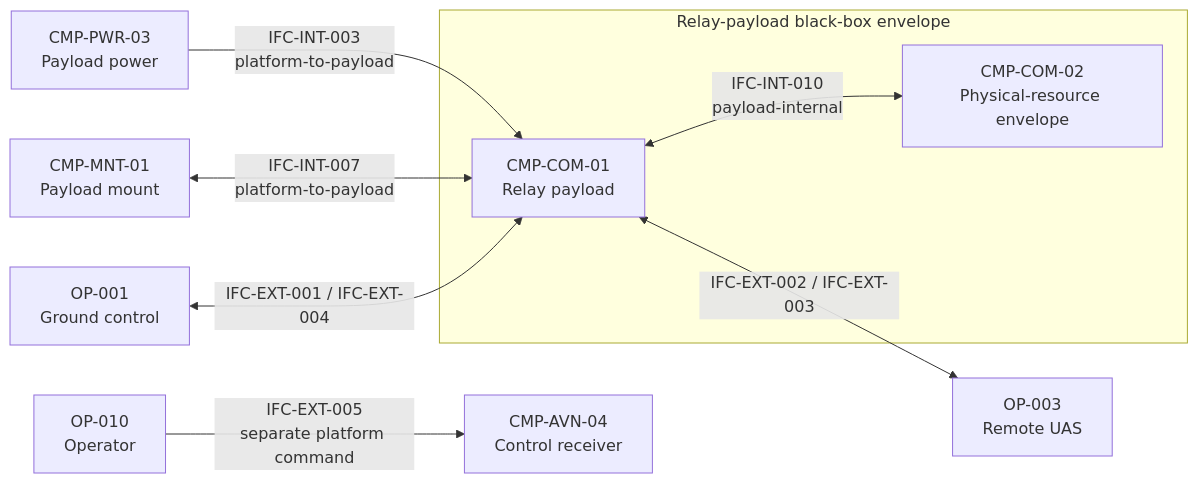
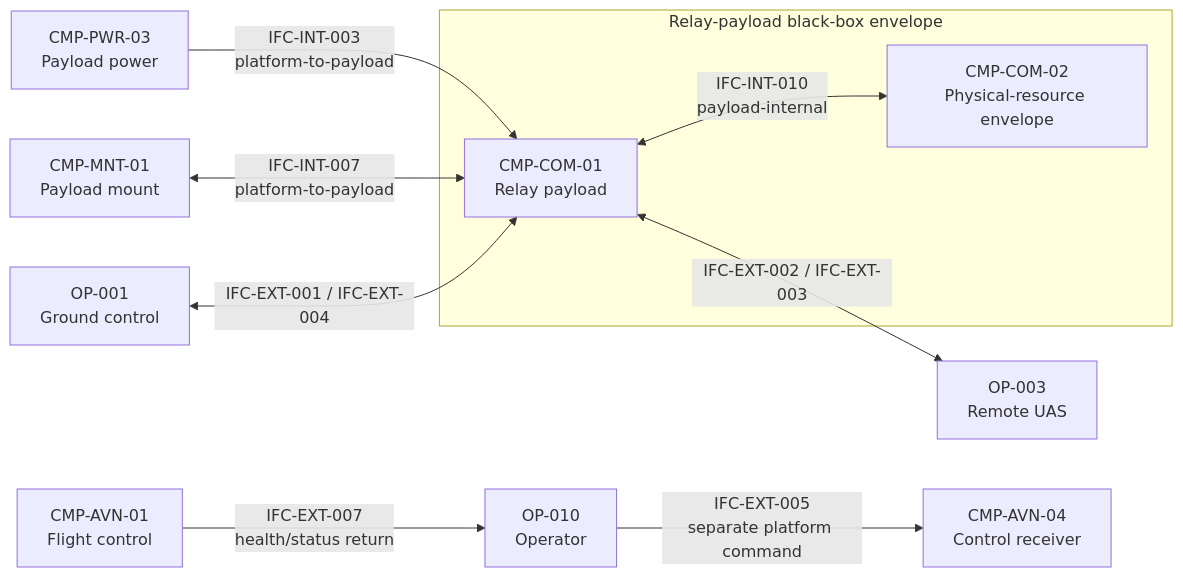
The sixth of 12 diagrams in architecture.md (noahstephenson/low-cost-relay-uas), drawn with Mermaid before and after one commit. The commit also changed other lines of this file and 12 other files, not shown here.

Commit message:
Mature relay UAS candidate architecture

````diff
--- a/architecture.md
+++ b/architecture.md
@@ -156,12 +160,13 @@
 ```mermaid
 flowchart LR
     %% Configuration scope: CFG-REP / CFG-DOM
     CMP_PWR_03["CMP-PWR-03<br/>Payload power"] -->|"IFC-INT-003<br/>platform-to-payload"| CMP_COM_01["CMP-COM-01<br/>Relay payload"]
     CMP_MNT_01["CMP-MNT-01<br/>Payload mount"] <-->|"IFC-INT-007<br/>platform-to-payload"| CMP_COM_01
     subgraph PAYLOAD["Relay-payload black-box envelope"]
         CMP_COM_01 <-->|"IFC-INT-010<br/>payload-internal"| CMP_COM_02["CMP-COM-02<br/>Physical-resource envelope"]
     end
     OP_001["OP-001<br/>Ground control"] <-->|"IFC-EXT-001 / IFC-EXT-004"| CMP_COM_01
     CMP_COM_01 <-->|"IFC-EXT-002 / IFC-EXT-003"| OP_003["OP-003<br/>Remote UAS"]
     OP_010["OP-010<br/>Operator"] -->|"IFC-EXT-005<br/>separate platform command"| CMP_AVN_04["CMP-AVN-04<br/>Control receiver"]
+    CMP_AVN_01["CMP-AVN-01<br/>Flight control"] -->|"IFC-EXT-007<br/>health/status return"| OP_010
 ```
````
